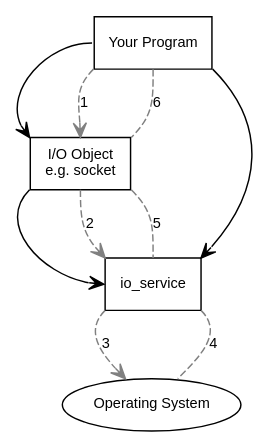
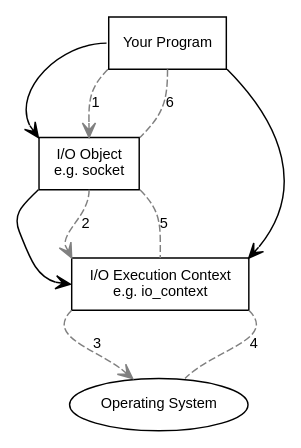
One commit to davidhuynh/externals changed the diagram in boost/libs/asio/doc/overview/sync_op.dot. Above: the diagram before and after it, drawn with Graphviz. The commit also changed 83601 other files, not shown here.

```diff
--- a/boost/libs/asio/doc/overview/sync_op.dot
+++ b/boost/libs/asio/doc/overview/sync_op.dot
@@ -1,67 +1,67 @@
 digraph g
 {
   graph
     [
       nodesep="0.6"
     ];
 
   edge
     [
       fontname="Helvetica",
       fontsize=10,
       labelfontname="Helvetica",
       labelfontsize=10
     ];
 
   node
     [
       fontname="Helvetica",
       fontsize=10,
       shape=box
     ];
 
   edge
     [
       arrowhead="open"
     ]
 
   // Program elements.
   {
     operating_system [ label="Operating System", shape=ellipse ];
-    io_service [ label="io_service" ];
+    io_context [ label="I/O Execution Context\ne.g. io_context" ];
     io_object [ label="I/O Object\ne.g. socket" ];
     your_program [ label="Your Program" ];
   }
 
   // Owning relationships.
   {
     edge [ arrowtail="diamond" ];
     your_program:w -> io_object:nw;
-    your_program:se -> io_service:ne;
+    your_program:se -> io_context:ne;
   }
 
   // Non-owning relationships;
   {
-    io_object:sw -> io_service:w;
+    io_object:sw -> io_context:w;
   }
 
   // Actions.
   {
     edge [ style="dashed", color="#808080" ];
 
     // Forward actions.
     {
       your_program:sw -> io_object:n [ label="1" ];
-      io_object:s -> io_service:nw [ label="2" ];
-      io_service:sw -> operating_system:nw [ label="3" ];
+      io_object:s -> io_context:nw [ label="2" ];
+      io_context:sw -> operating_system:nw [ label="3" ];
     }
 
     // Reverse actions.
     {
       edge [ arrowhead="none", arrowtail="open" ];
-      io_service:se -> operating_system:ne [ label="4" ];
-      io_object:se -> io_service:n [ label="5" ];
+      io_context:se -> operating_system:ne [ label="4" ];
+      io_object:se -> io_context:n [ label="5" ];
       your_program:s -> io_object:ne [ label="6" ];
     }
   }
 }
```
